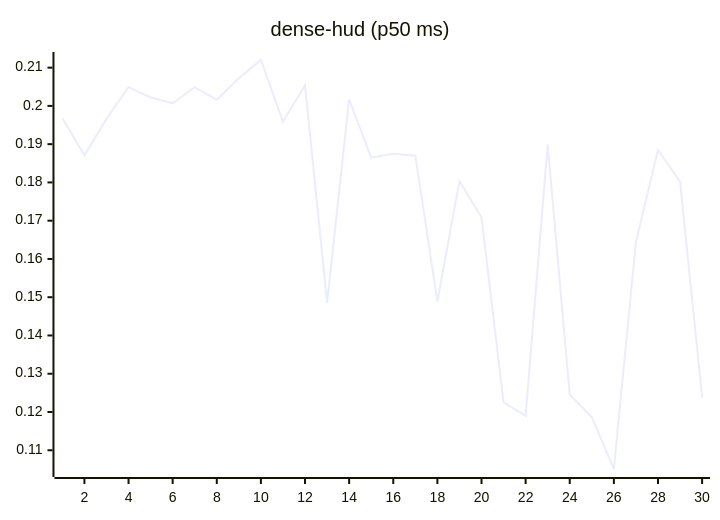
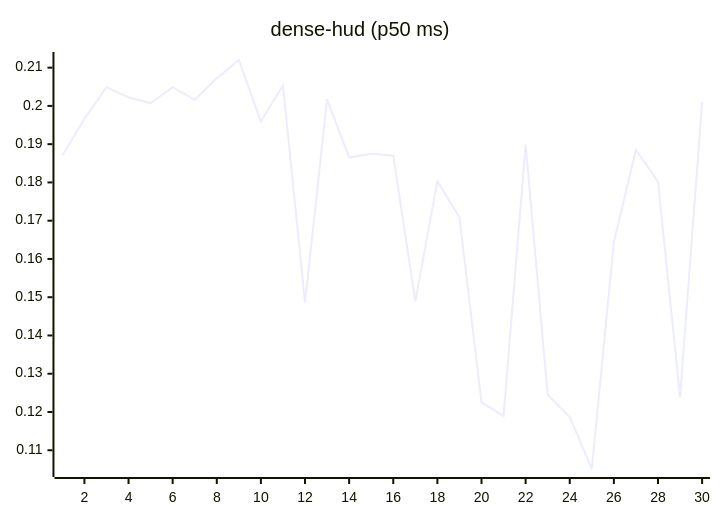
Before and after one commit to josha/Facet: the eighth of 27 diagrams in README.md, drawn with Mermaid. The commit also changed other lines of this file and 2 other files, not shown here.

````diff
--- a/README.md
+++ b/README.md
@@ -112,6 +112,6 @@
 ```mermaid
 xychart-beta
     title "dense-hud (p50 ms)"
     x-axis 1 --> 30
-    line [0.1968, 0.1871, 0.1966, 0.2049, 0.2022, 0.2007, 0.2049, 0.2016, 0.2072, 0.2120, 0.1959, 0.2054, 0.1486, 0.2017, 0.1865, 0.1875, 0.1870, 0.1489, 0.1803, 0.1709, 0.1225, 0.1190, 0.1899, 0.1245, 0.1187, 0.1051, 0.1644, 0.1885, 0.1802, 0.1239]
+    line [0.1871, 0.1966, 0.2049, 0.2022, 0.2007, 0.2049, 0.2016, 0.2072, 0.2120, 0.1959, 0.2054, 0.1486, 0.2017, 0.1865, 0.1875, 0.1870, 0.1489, 0.1803, 0.1709, 0.1225, 0.1190, 0.1899, 0.1245, 0.1187, 0.1051, 0.1644, 0.1885, 0.1802, 0.1239, 0.2010]
 ```
````
